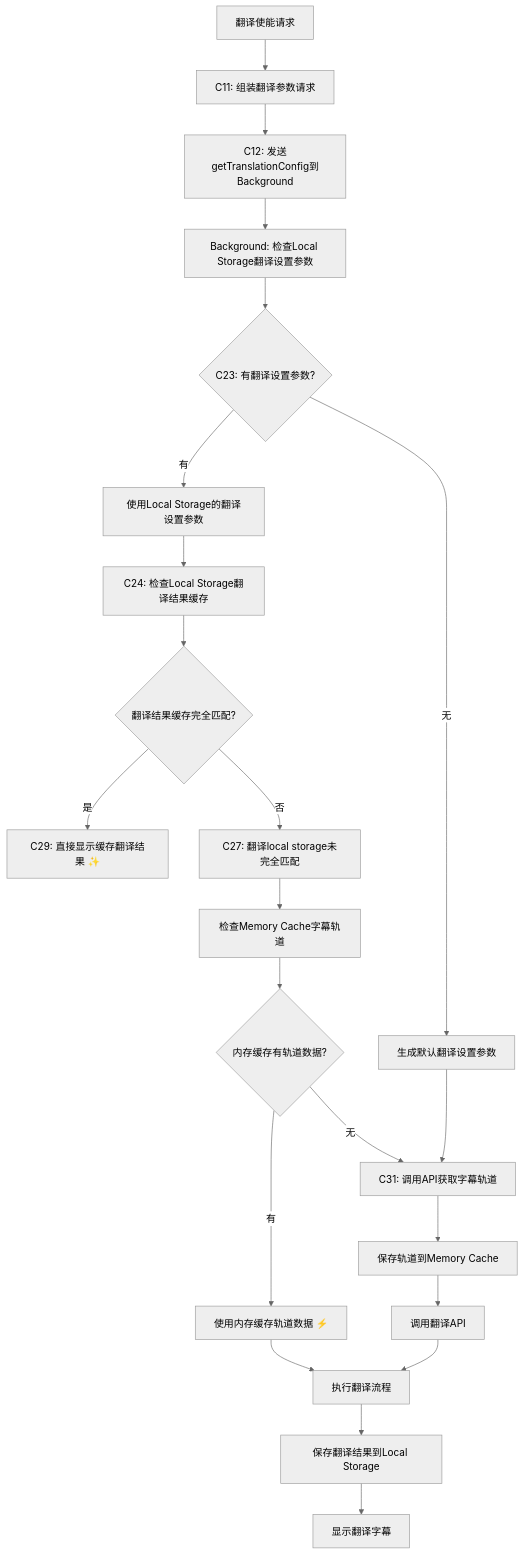
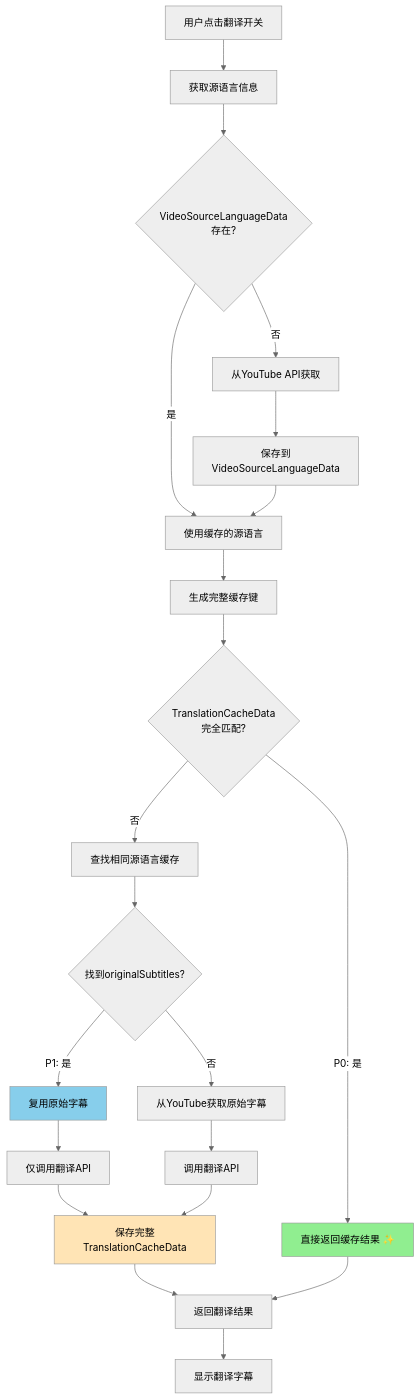
One commit to igetang/youtube-subtitle-translator changed the second of 2 diagrams in docs/guides/translation-flow.md. Above: the diagram before and after it, drawn with Mermaid (neutral theme). The commit also changed other lines of this file and 201 other files, not shown here.

````diff
--- a/docs/guides/translation-flow.md
+++ b/docs/guides/translation-flow.md
@@ -113,34 +165,33 @@
 ```mermaid
 flowchart TD
-    A[翻译使能请求] --> B[C11: 组装翻译参数请求]
-    B --> C[C12: 发送getTranslationConfig到Background]
-    C --> D[Background: 检查Local Storage翻译设置参数]
-    D --> E{C23: 有翻译设置参数?}
+    A[用户点击翻译开关] --> B[获取源语言信息]
+    B --> C{VideoSourceLanguageData存在?}
     
-    E -->|有| F[使用Local Storage的翻译设置参数]
-    E -->|无| G[生成默认翻译设置参数]
+    C -->|是| D[使用缓存的源语言]
+    C -->|否| E[从YouTube API获取]
+    E --> F[保存到VideoSourceLanguageData]
+    F --> D
     
-    F --> H[C24: 检查Local Storage翻译结果缓存]
-    H --> I{翻译结果缓存完全匹配?}
+    D --> G[生成完整缓存键]
+    G --> H{TranslationCacheData<br/>完全匹配?}
     
-    I -->|是| J[C29: 直接显示缓存翻译结果 ✨]
-    I -->|否| K[C27: 翻译local storage未完全匹配]
+    H -->|P0: 是| I[直接返回缓存结果 ✨]
+    H -->|否| J[查找相同源语言缓存]
     
-    %% 🔥 有设置参数时检查Memory Cache
-    K --> L[检查Memory Cache字幕轨道]
-    L --> M{内存缓存有轨道数据?}
-    M -->|有| N[使用内存缓存轨道数据 ⚡]
-    M -->|无| O[C31: 调用API获取字幕轨道]
+    J --> K{找到originalSubtitles?}
+    K -->|P1: 是| L[复用原始字幕]
+    L --> M[仅调用翻译API]
+    K -->|否| N[从YouTube获取原始字幕]
     
-    %% 🔥 无设置参数直接调用API
-    G --> O
+    N --> O[调用翻译API]
+    M --> P[保存完整TranslationCacheData]
+    O --> P
     
-    %% 🔥 关键点：O有两个来源，都需要执行翻译流程
-    N --> P[执行翻译流程]
-    O --> Q[保存轨道到Memory Cache]
-    Q --> R[调用翻译API]
-    R --> P
+    P --> Q[返回翻译结果]
+    I --> Q
+    Q --> R[显示翻译字幕]
     
-    P --> S[保存翻译结果到Local Storage]
-    S --> T[显示翻译字幕]
+    style I fill:#90EE90
+    style L fill:#87CEEB
+    style P fill:#FFE4B5
 ```
````
